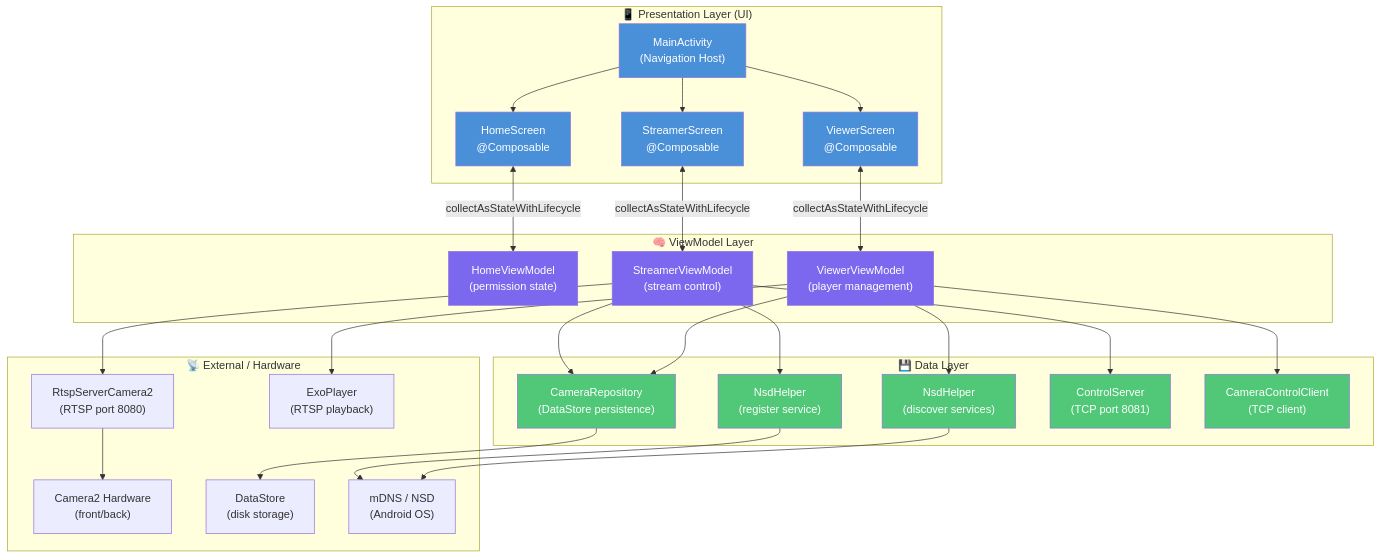
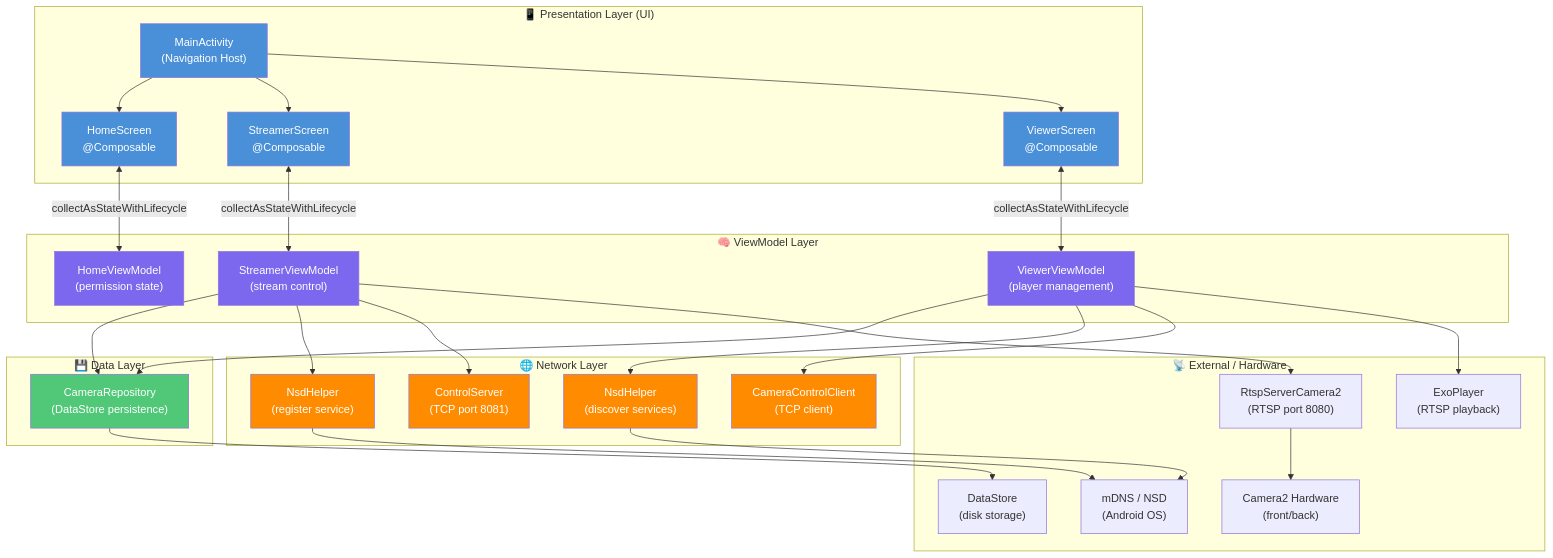
Before and after one commit to nvdung1607/PhoneCamera: the first of 2 diagrams in docs/03_diagram_architecture.md, drawn with Mermaid. The commit also changed other lines of this file and 2 other files, not shown here.

First line of the commit message:
docs: update package structure in docs/ to reflect network/ refactor

````diff
--- a/docs/03_diagram_architecture.md
+++ b/docs/03_diagram_architecture.md
@@ -11,67 +11,70 @@
 ```mermaid
 graph TB
     subgraph "📱 Presentation Layer (UI)"
         MA["MainActivity\n(Navigation Host)"]
         HS["HomeScreen\n@Composable"]
         SS["StreamerScreen\n@Composable"]
         VS["ViewerScreen\n@Composable"]
     end
 
     subgraph "🧠 ViewModel Layer"
         HVM["HomeViewModel\n(permission state)"]
         SVM["StreamerViewModel\n(stream control)"]
         VVM["ViewerViewModel\n(player management)"]
     end
 
-    subgraph "💾 Data Layer"
-        CR["CameraRepository\n(DataStore persistence)"]
+    subgraph "🌐 Network Layer"
         NSD1["NsdHelper\n(register service)"]
         NSD2["NsdHelper\n(discover services)"]
         CS["ControlServer\n(TCP port 8081)"]
         CC["CameraControlClient\n(TCP client)"]
+    end
+
+    subgraph "💾 Data Layer"
+        CR["CameraRepository\n(DataStore persistence)"]
     end
 
     subgraph "📡 External / Hardware"
         CAM["Camera2 Hardware\n(front/back)"]
         RTSP["RtspServerCamera2\n(RTSP port 8080)"]
         EXO["ExoPlayer\n(RTSP playback)"]
         DS["DataStore\n(disk storage)"]
         MDNS["mDNS / NSD\n(Android OS)"]
     end
 
     MA --> HS
     MA --> SS
     MA --> VS
 
     HS <-->|"collectAsStateWithLifecycle"| HVM
     SS <-->|"collectAsStateWithLifecycle"| SVM
     VS <-->|"collectAsStateWithLifecycle"| VVM
 
     SVM --> CR
     SVM --> NSD1
     SVM --> CS
     SVM --> RTSP
     RTSP --> CAM
 
     VVM --> CR
     VVM --> NSD2
     VVM --> CC
     VVM --> EXO
 
     CR --> DS
     NSD1 --> MDNS
     NSD2 --> MDNS
 
     style MA fill:#4A90D9,color:#fff
     style HS fill:#4A90D9,color:#fff
     style SS fill:#4A90D9,color:#fff
     style VS fill:#4A90D9,color:#fff
     style HVM fill:#7B68EE,color:#fff
     style SVM fill:#7B68EE,color:#fff
     style VVM fill:#7B68EE,color:#fff
     style CR fill:#50C878,color:#fff
-    style NSD1 fill:#50C878,color:#fff
-    style NSD2 fill:#50C878,color:#fff
-    style CS fill:#50C878,color:#fff
-    style CC fill:#50C878,color:#fff
+    style NSD1 fill:#FF8C00,color:#fff
+    style NSD2 fill:#FF8C00,color:#fff
+    style CS fill:#FF8C00,color:#fff
+    style CC fill:#FF8C00,color:#fff
 ```
````
